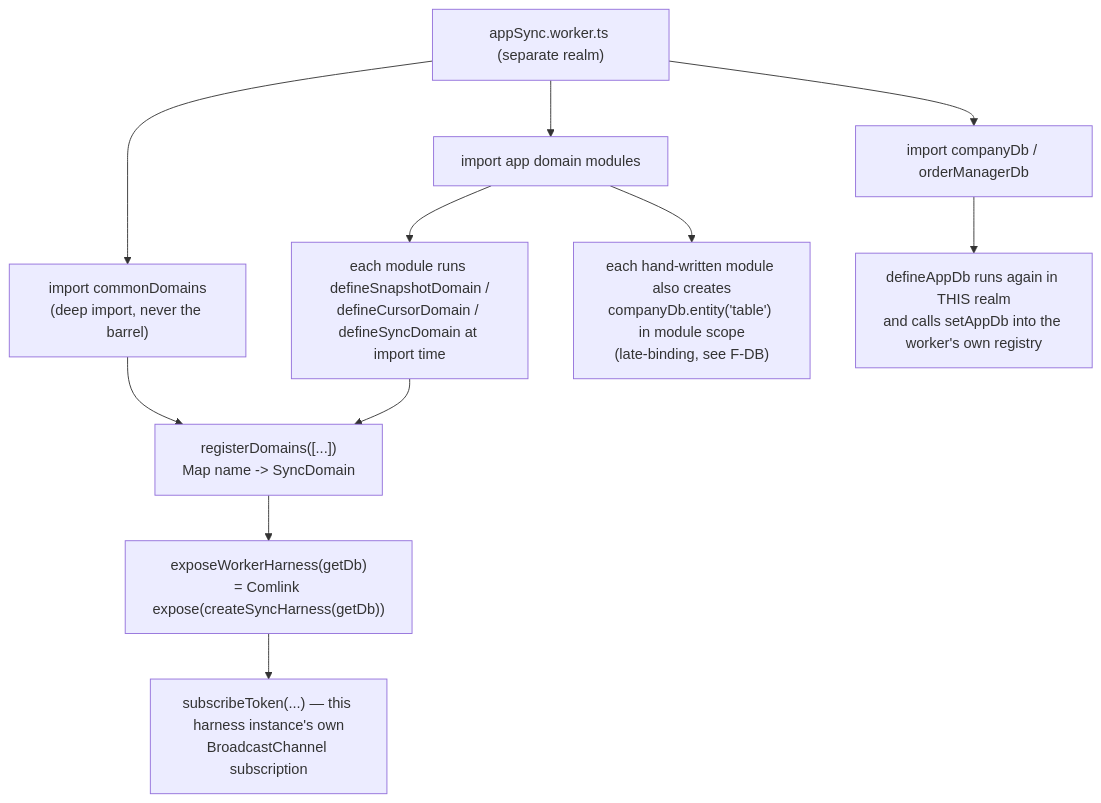
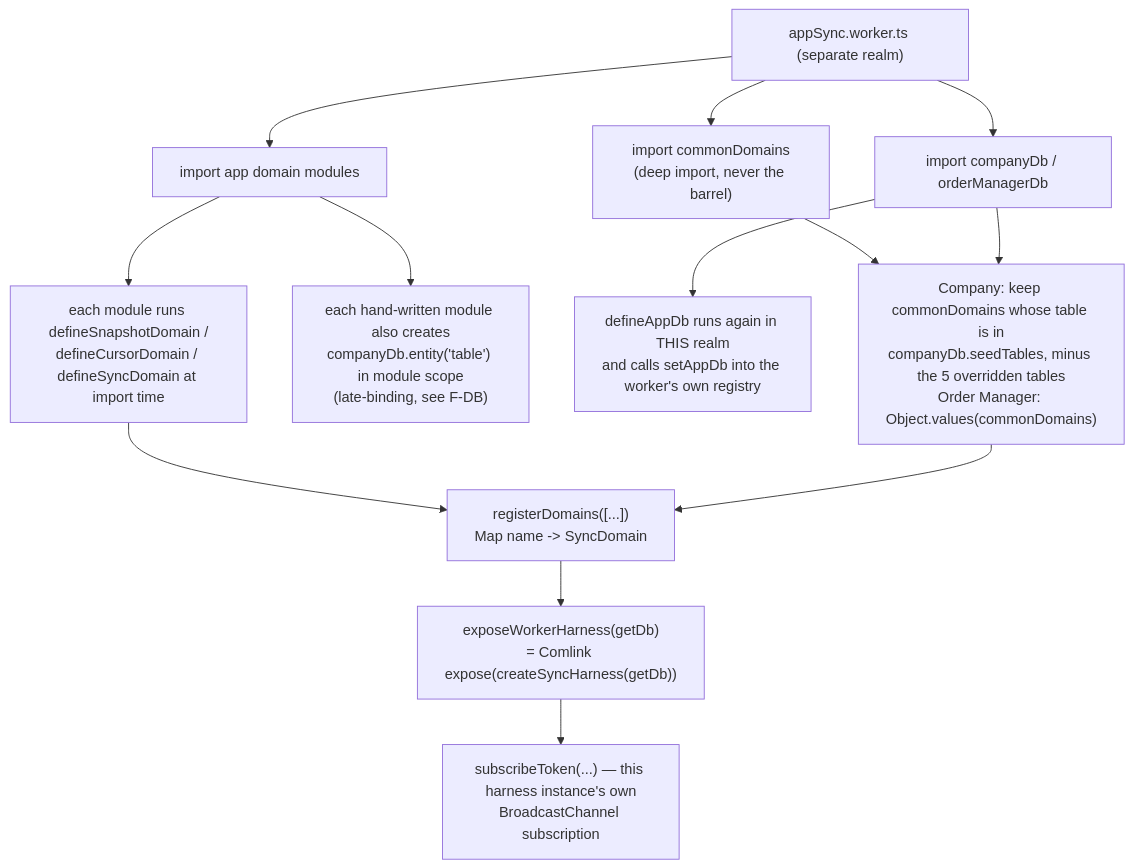
Before and after one commit to hotwax/accxui: the seventh of 31 diagrams in docs/APP_DB_SYNC_FLOWS.md, drawn with Mermaid. The commit also changed other lines of this file and 2 other files, not shown here.

Commit message:
Updated: App database docs for the query, sync activation, seed data and refetch changes made since they were last revised.

````diff
--- a/docs/APP_DB_SYNC_FLOWS.md
+++ b/docs/APP_DB_SYNC_FLOWS.md
@@ -200,13 +235,15 @@
 ```mermaid
 flowchart TD
     W["appSync.worker.ts (separate realm)"] --> I1["import commonDomains<br/>(deep import, never the barrel)"]
     W --> I2["import app domain modules"]
     I2 --> DE["each module runs defineSnapshotDomain /<br/>defineCursorDomain / defineSyncDomain at import time"]
     I2 --> EC["each hand-written module also creates<br/>companyDb.entity('table') in module scope<br/>(late-binding, see F-DB)"]
     W --> I3["import companyDb / orderManagerDb"]
     I3 --> SA["defineAppDb runs again in THIS realm<br/>and calls setAppDb into the worker's own registry"]
+    I1 --> SEL["Company: keep commonDomains whose table is in<br/>companyDb.seedTables, minus the 5 overridden tables<br/>Order Manager: Object.values(commonDomains)"]
+    I3 --> SEL
     DE --> RD["registerDomains([...])<br/>Map name -> SyncDomain"]
-    I1 --> RD
+    SEL --> RD
     RD --> EX["exposeWorkerHarness(getDb)<br/>= Comlink expose(createSyncHarness(getDb))"]
     EX --> SUB["subscribeToken(...) — this harness instance's own<br/>BroadcastChannel subscription"]
 ```
````
